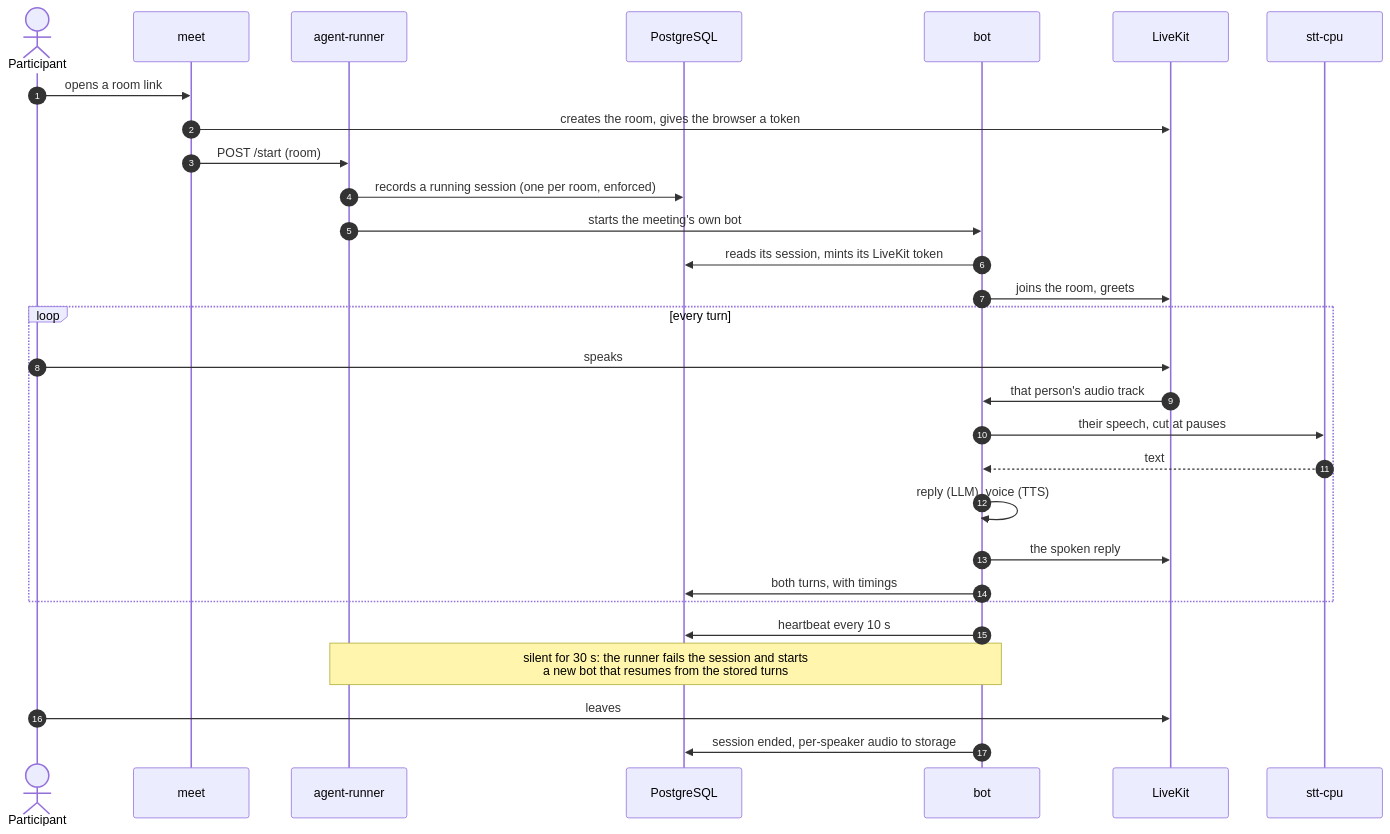
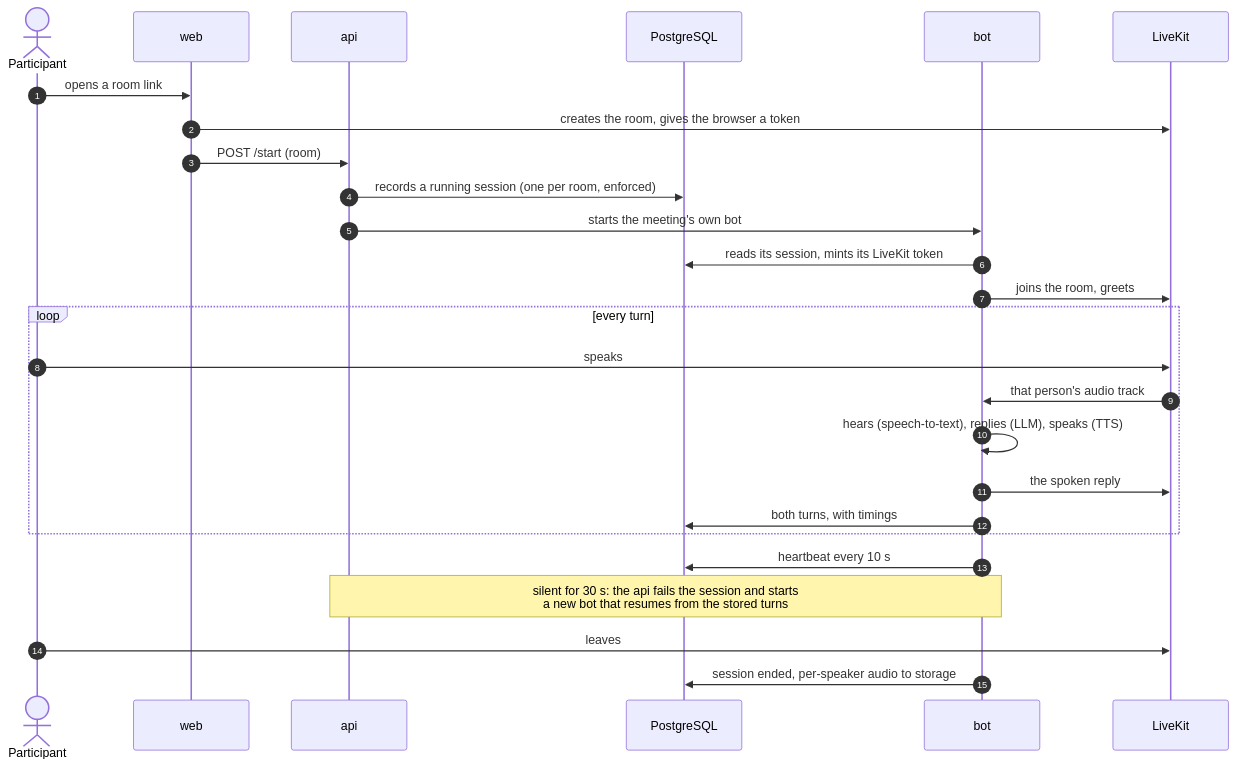
One commit to wwbp/MeetLab changed the fourth of 4 diagrams in README.md. Above: the diagram before and after it, drawn with Mermaid. The commit also changed other lines of this file and 175 other files, not shown here.

First line of the commit message:
refactor: meet -> services/web, stt-cpu -> services/stt; README diagrams by C4 level

````diff
--- a/README.md
+++ b/README.md
@@ -99,31 +134,28 @@
 ```mermaid
 sequenceDiagram
   autonumber
   actor P as Participant
-  participant M as meet
-  participant R as agent-runner
+  participant W as web
+  participant A as api
   participant D as PostgreSQL
   participant B as bot
   participant L as LiveKit
-  participant S as stt-cpu
-  P->>M: opens a room link
-  M->>L: creates the room, gives the browser a token
-  M->>R: POST /start (room)
-  R->>D: records a running session (one per room, enforced)
-  R->>B: starts the meeting's own bot
+  P->>W: opens a room link
+  W->>L: creates the room, gives the browser a token
+  W->>A: POST /start (room)
+  A->>D: records a running session (one per room, enforced)
+  A->>B: starts the meeting's own bot
   B->>D: reads its session, mints its LiveKit token
   B->>L: joins the room, greets
   loop every turn
     P->>L: speaks
     L->>B: that person's audio track
-    B->>S: their speech, cut at pauses
-    S-->>B: text
-    B->>B: reply (LLM), voice (TTS)
+    B->>B: hears (speech-to-text), replies (LLM), speaks (TTS)
     B->>L: the spoken reply
     B->>D: both turns, with timings
   end
   B->>D: heartbeat every 10 s
-  Note over R,B: silent for 30 s: the runner fails the session and starts<br/>a new bot that resumes from the stored turns
+  Note over A,B: silent for 30 s: the api fails the session and starts<br/>a new bot that resumes from the stored turns
   P->>L: leaves
   B->>D: session ended, per-speaker audio to storage
 ```
````
